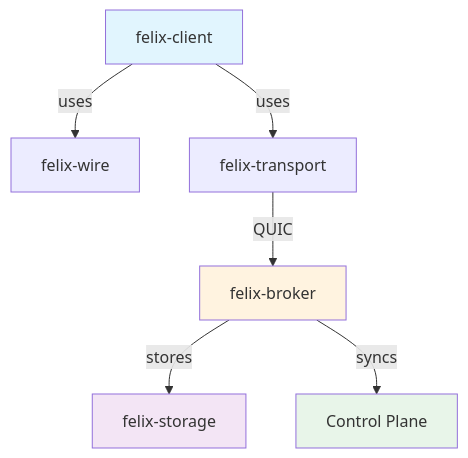
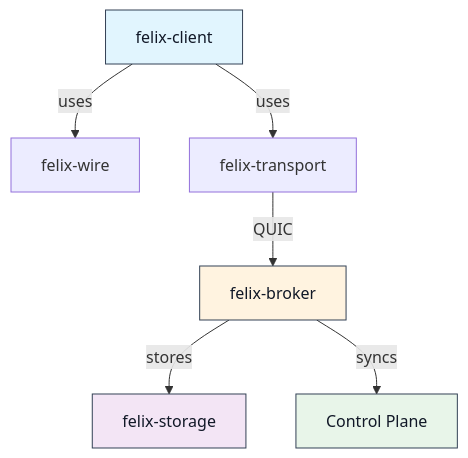
One commit to gabloe/felix changed the first of 7 diagrams in docs-site/src/content/docs/architecture/components.md. Above: the diagram before and after it, drawn with Mermaid. The commit also changed other lines of this file and 36 other files, not shown here.

````diff
--- a/docs-site/src/content/docs/architecture/components.md
+++ b/docs-site/src/content/docs/architecture/components.md
@@ -11,20 +11,20 @@
 ```mermaid
 graph TB
     Client[felix-client]
     Wire[felix-wire]
     Transport[felix-transport]
     Broker[felix-broker]
     Storage[felix-storage]
     CONTROLPLANE[Control Plane]
     
     Client -->|uses| Wire
     Client -->|uses| Transport
     Transport -->|QUIC| Broker
     Broker -->|stores| Storage
     Broker -->|syncs| CONTROLPLANE
     
-    style Client fill:#e1f5fe
-    style Broker fill:#fff3e0
-    style Storage fill:#f3e5f5
-    style CONTROLPLANE fill:#e8f5e9
+    style Client fill:#e1f5fe,stroke:#334155,color:#111827
+    style Broker fill:#fff3e0,stroke:#334155,color:#111827
+    style Storage fill:#f3e5f5,stroke:#334155,color:#111827
+    style CONTROLPLANE fill:#e8f5e9,stroke:#334155,color:#111827
 ```
````
